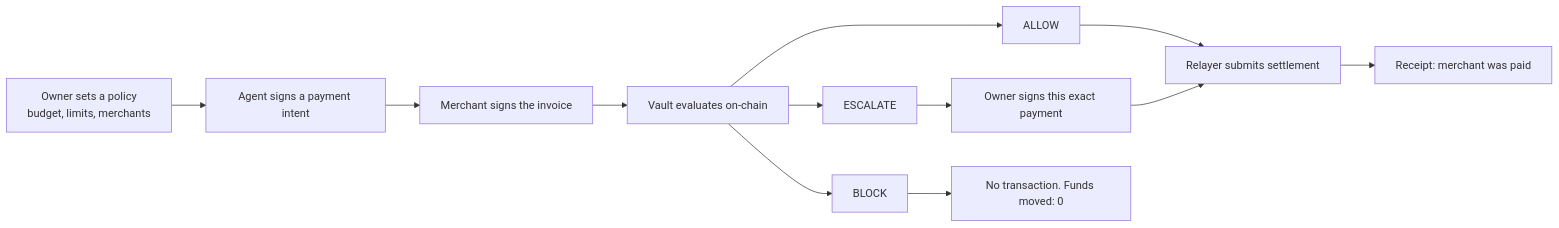
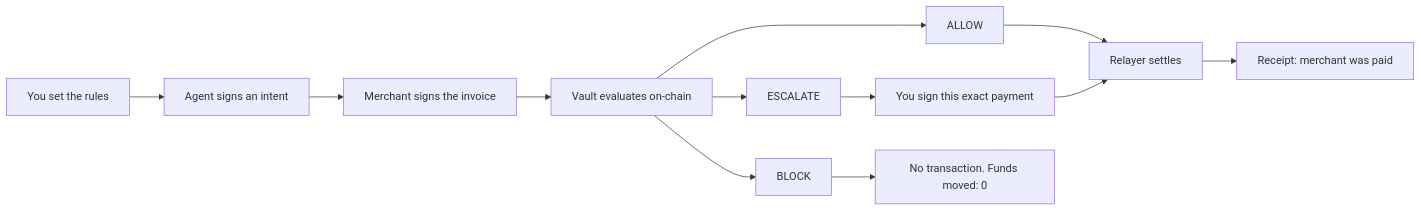
The first of 2 diagrams in README.md (kosuke-eth/PayGuard), drawn with Mermaid before and after one commit. The commit also changed other lines of this file, not shown here.

````diff
--- a/README.md
+++ b/README.md
@@ -17,14 +18,14 @@
 ```mermaid
 flowchart LR
-  A["Owner sets a policy<br/>budget, limits, merchants"] --> B["Agent signs a payment intent"]
-  B --> C["Merchant signs the invoice"]
-  C --> D["Vault evaluates on-chain"]
-  D --> E["ALLOW"]
-  D --> F["ESCALATE"]
-  D --> G["BLOCK"]
-  E --> H["Relayer submits settlement"]
-  F --> I["Owner signs this exact payment"]
-  I --> H
-  H --> J["Receipt: merchant was paid"]
-  G --> K["No transaction. Funds moved: 0"]
+  Owner["You set the rules"] --> Agent["Agent signs an intent"]
+  Agent --> Merchant["Merchant signs the invoice"]
+  Merchant --> Vault["Vault evaluates on-chain"]
+  Vault --> Allow["ALLOW"]
+  Vault --> Escalate["ESCALATE"]
+  Vault --> Block["BLOCK"]
+  Allow --> Relayer["Relayer settles"]
+  Escalate --> Sign["You sign this exact payment"]
+  Sign --> Relayer
+  Relayer --> Paid["Receipt: merchant was paid"]
+  Block --> Stop["No transaction. Funds moved: 0"]
 ```
````
